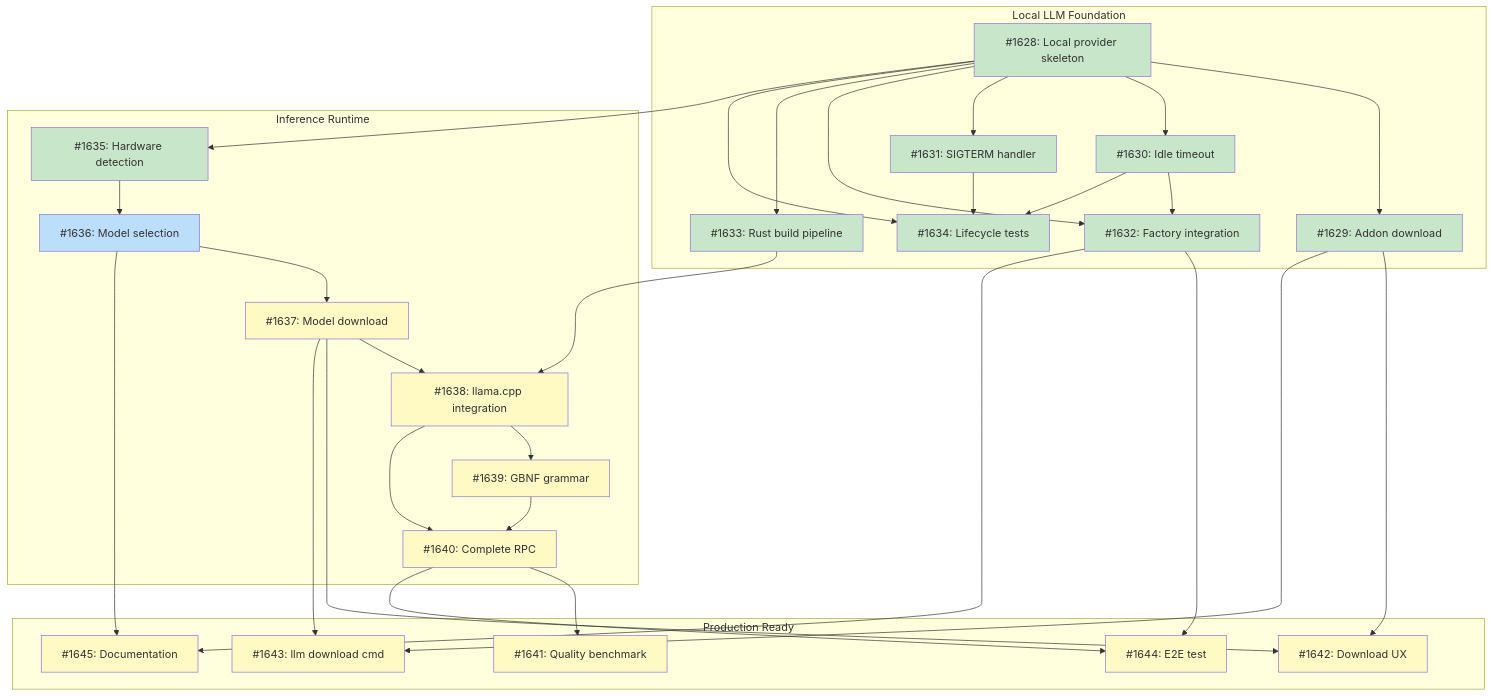
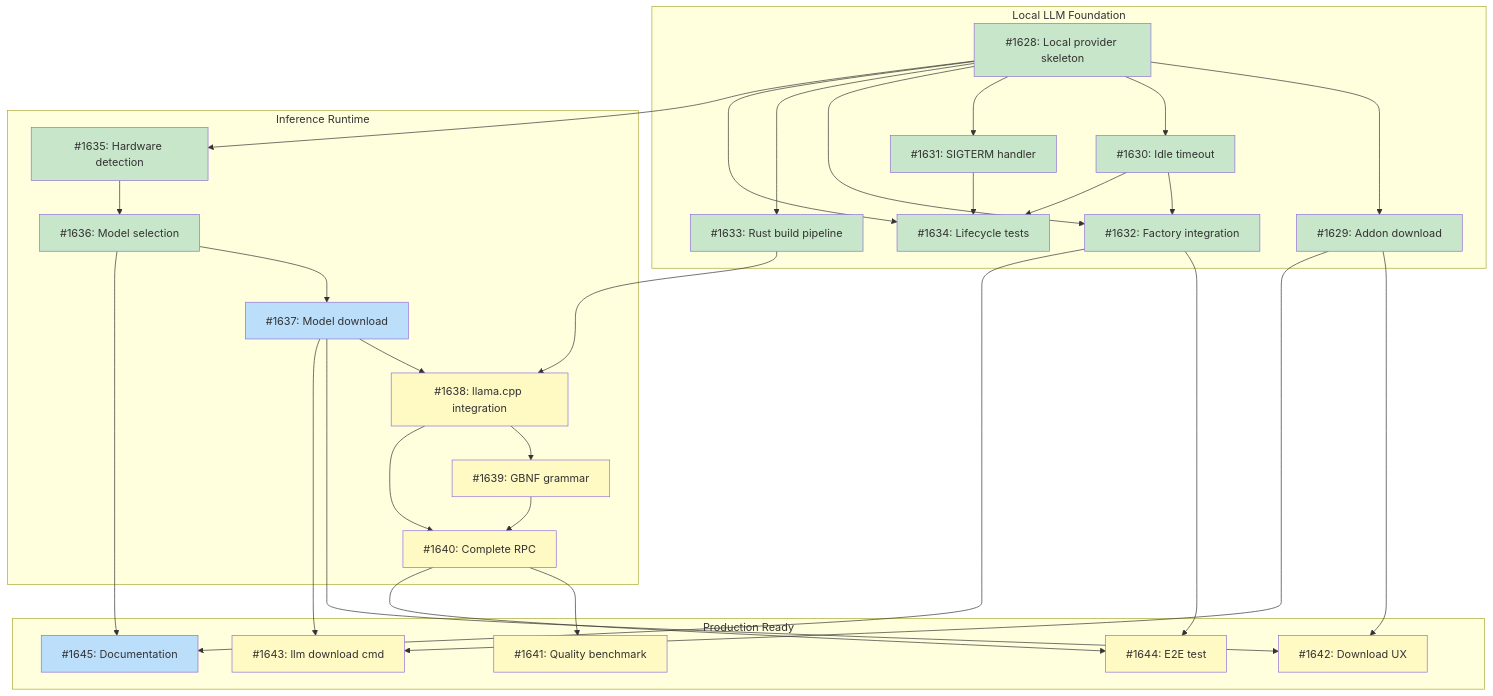
One commit to tsukumogami/tsuku changed the diagram in docs/designs/DESIGN-local-llm-runtime.md. Above: the diagram before and after it, drawn with Mermaid. The commit also changed other lines of this file, not shown here.

Commit message:
docs: mark #1636 done in design doc diagram

````diff
--- a/docs/designs/DESIGN-local-llm-runtime.md
+++ b/docs/designs/DESIGN-local-llm-runtime.md
@@ -74,65 +74,65 @@
 ```mermaid
 graph TD
     subgraph M1["Local LLM Foundation"]
         I1628["#1628: Local provider skeleton"]
         I1629["#1629: Addon download"]
         I1630["#1630: Idle timeout"]
         I1631["#1631: SIGTERM handler"]
         I1632["#1632: Factory integration"]
         I1633["#1633: Rust build pipeline"]
         I1634["#1634: Lifecycle tests"]
     end
 
     subgraph M2["Inference Runtime"]
         I1635["#1635: Hardware detection"]
         I1636["#1636: Model selection"]
         I1637["#1637: Model download"]
         I1638["#1638: llama.cpp integration"]
         I1639["#1639: GBNF grammar"]
         I1640["#1640: Complete RPC"]
     end
 
     subgraph M3["Production Ready"]
         I1641["#1641: Quality benchmark"]
         I1642["#1642: Download UX"]
         I1643["#1643: llm download cmd"]
         I1644["#1644: E2E test"]
         I1645["#1645: Documentation"]
     end
 
     I1628 --> I1629
     I1628 --> I1630
     I1628 --> I1631
     I1628 --> I1632
     I1630 --> I1632
     I1628 --> I1633
     I1628 --> I1634
     I1630 --> I1634
     I1631 --> I1634
     I1628 --> I1635
     I1635 --> I1636
     I1636 --> I1637
     I1633 --> I1638
     I1637 --> I1638
     I1638 --> I1639
     I1638 --> I1640
     I1639 --> I1640
     I1640 --> I1641
     I1629 --> I1642
     I1637 --> I1642
     I1629 --> I1643
     I1637 --> I1643
     I1640 --> I1644
     I1632 --> I1644
     I1632 --> I1645
     I1636 --> I1645
 
     classDef done fill:#c8e6c9
     classDef ready fill:#bbdefb
     classDef blocked fill:#fff9c4
     classDef needsDesign fill:#e1bee7
 
-    class I1628,I1629,I1630,I1631,I1632,I1633,I1634,I1635 done
-    class I1636 ready
-    class I1637,I1638,I1639,I1640,I1641,I1642,I1643,I1644,I1645 blocked
+    class I1628,I1629,I1630,I1631,I1632,I1633,I1634,I1635,I1636 done
+    class I1637,I1645 ready
+    class I1638,I1639,I1640,I1641,I1642,I1643,I1644 blocked
 ```
````
